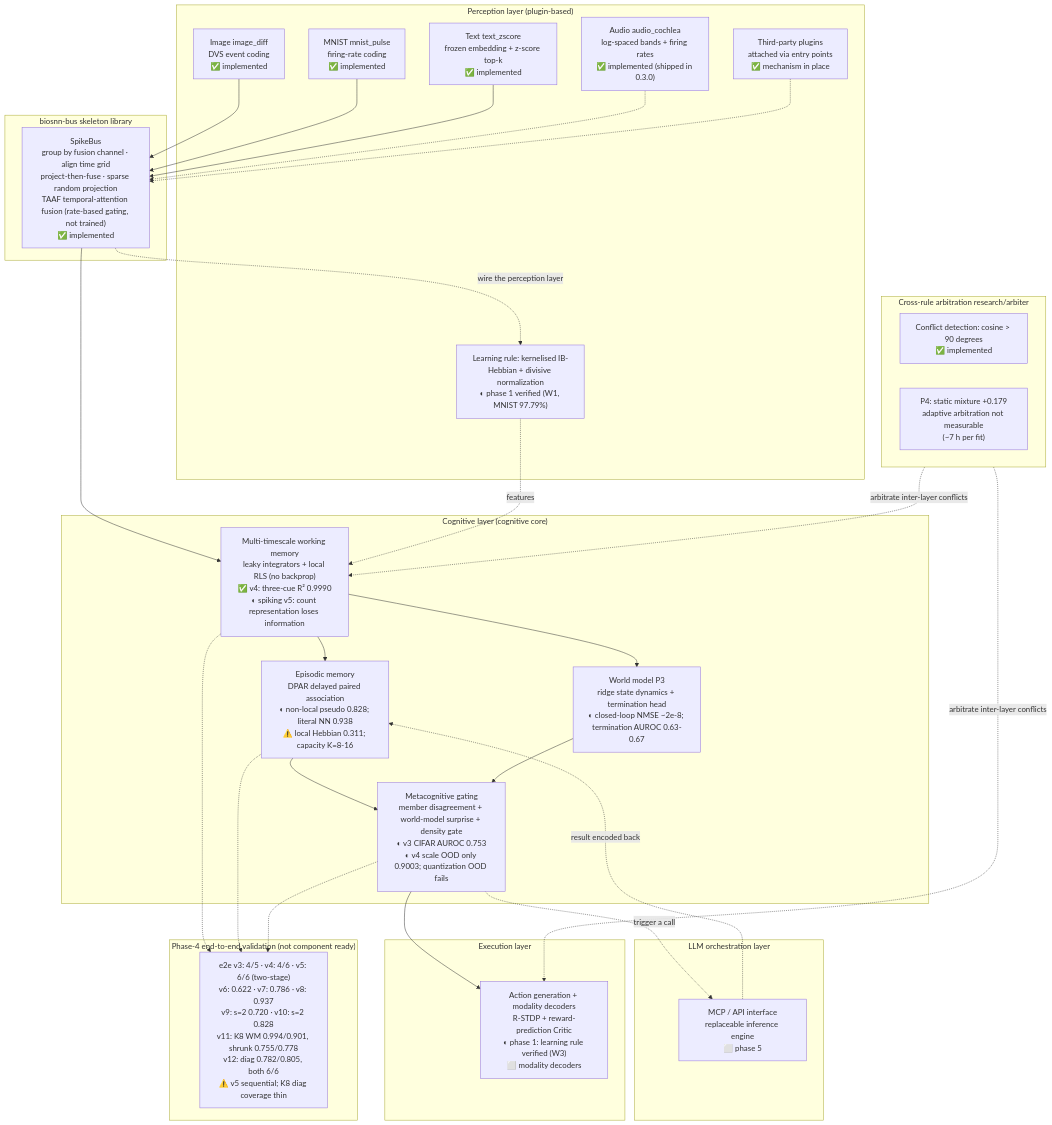
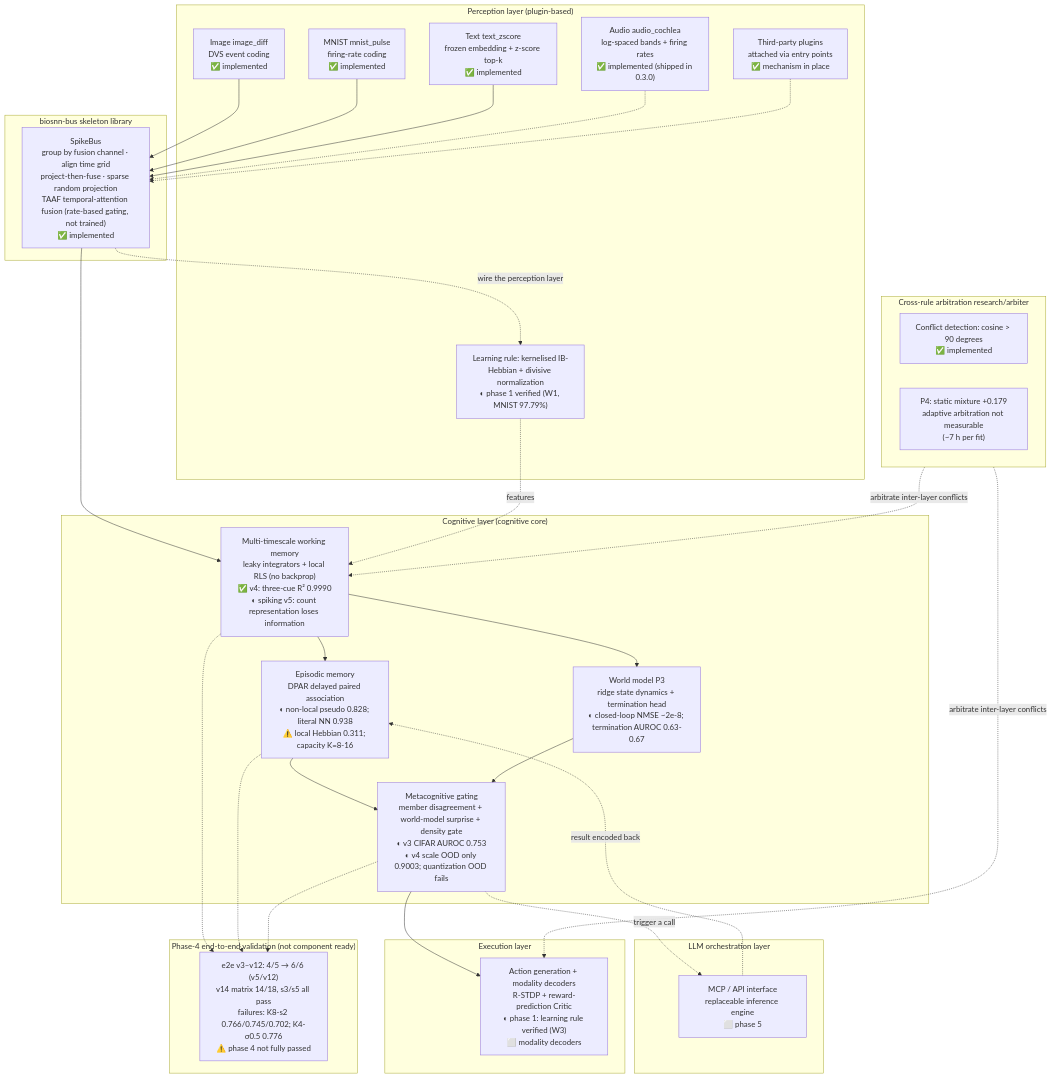
The diagram in README.en.md (lzmd-arch/BioSNN-Plug), drawn with Mermaid before and after one commit. The commit also changed other lines of this file and 8 other files, not shown here.

````diff
--- a/README.en.md
+++ b/README.en.md
@@ -149,60 +149,60 @@
 ```mermaid
 flowchart TB
     subgraph L5["LLM orchestration layer"]
         MCP["MCP / API interface<br/>replaceable inference engine<br/>⬜ phase 5"]
     end
 
     subgraph L4["Execution layer"]
         ACT["Action generation + modality decoders<br/>R-STDP + reward-prediction Critic<br/>◐ phase 1: learning rule verified (W3)<br/>⬜ modality decoders"]
     end
 
     subgraph L3["Cognitive layer (cognitive core)"]
         WM["Multi-timescale working memory<br/>leaky integrators + local RLS (no backprop)<br/>✅ v4: three-cue R² 0.9990<br/>◐ spiking v5: count representation loses information"]
         EM["Episodic memory<br/>DPAR delayed paired association<br/>◐ non-local pseudo 0.828; literal NN 0.938<br/>⚠️ local Hebbian 0.311; capacity K=8-16"]
         MG["Metacognitive gating<br/>member disagreement + world-model surprise + density gate<br/>◐ v3 CIFAR AUROC 0.753<br/>◐ v4 scale OOD only 0.9003; quantization OOD fails"]
         WMODEL["World model P3<br/>ridge state dynamics + termination head<br/>◐ closed-loop NMSE ~2e-8; termination AUROC 0.63-0.67"]
     end
 
     subgraph ARB["Cross-rule arbitration research/arbiter"]
         CF["Conflict detection: cosine > 90 degrees<br/>✅ implemented"]
         ES["P4: static mixture +0.179<br/>adaptive arbitration not measurable<br/>(~7 h per fit)"]
     end
 
     subgraph L2["biosnn-bus skeleton library"]
         BUS["SpikeBus<br/>group by fusion channel · align time grid<br/>project-then-fuse · sparse random projection<br/>TAAF temporal-attention fusion (rate-based gating, not trained)<br/>✅ implemented"]
     end
 
     subgraph L1["Perception layer (plugin-based)"]
         IMG["Image image_diff<br/>DVS event coding<br/>✅ implemented"]
         MN["MNIST mnist_pulse<br/>firing-rate coding<br/>✅ implemented"]
         TXT["Text text_zscore<br/>frozen embedding + z-score top-k<br/>✅ implemented"]
         AUD["Audio audio_cochlea<br/>log-spaced bands + firing rates<br/>✅ implemented (shipped in 0.3.0)"]
         THIRD["Third-party plugins<br/>attached via entry points<br/>✅ mechanism in place"]
         HEB["Learning rule: kernelised IB-Hebbian + divisive normalization<br/>◐ phase 1 verified (W1, MNIST 97.79%)"]
     end
 
     IMG --> BUS
     MN --> BUS
     TXT --> BUS
     AUD -.-> BUS
     THIRD -.-> BUS
     BUS --> WM
     BUS -.->|wire the perception layer| HEB
     HEB -.->|features| WM
     WM --> EM
     WM --> WMODEL
     EM --> MG
     WMODEL --> MG
     MG --> ACT
     MG -.->|trigger a call| MCP
     MCP -.->|result encoded back| EM
     ARB -.->|arbitrate inter-layer conflicts| WM
     ARB -.->|arbitrate inter-layer conflicts| ACT
 
     subgraph S4["Phase-4 end-to-end validation (not component ready)"]
-        E2E["e2e v3: 4/5 · v4: 4/6 · v5: 6/6 (two-stage)<br/>v6: 0.622 · v7: 0.786 · v8: 0.937<br/>v9: s=2 0.720 · v10: s=2 0.828<br/>v11: K8 WM 0.994/0.901, shrunk 0.755/0.778<br/>v12: diag 0.782/0.805, both 6/6<br/>⚠️ v5 sequential; K8 diag coverage thin"]
+        E2E["e2e v3–v12: 4/5 → 6/6 (v5/v12)<br/>v14 matrix 14/18, s3/s5 all pass<br/>failures: K8-s2 0.766/0.745/0.702; K4-σ0.5 0.776<br/>⚠️ phase 4 not fully passed"]
     end
     WM -.-> E2E
     EM -.-> E2E
     MG -.-> E2E
 ```
````
